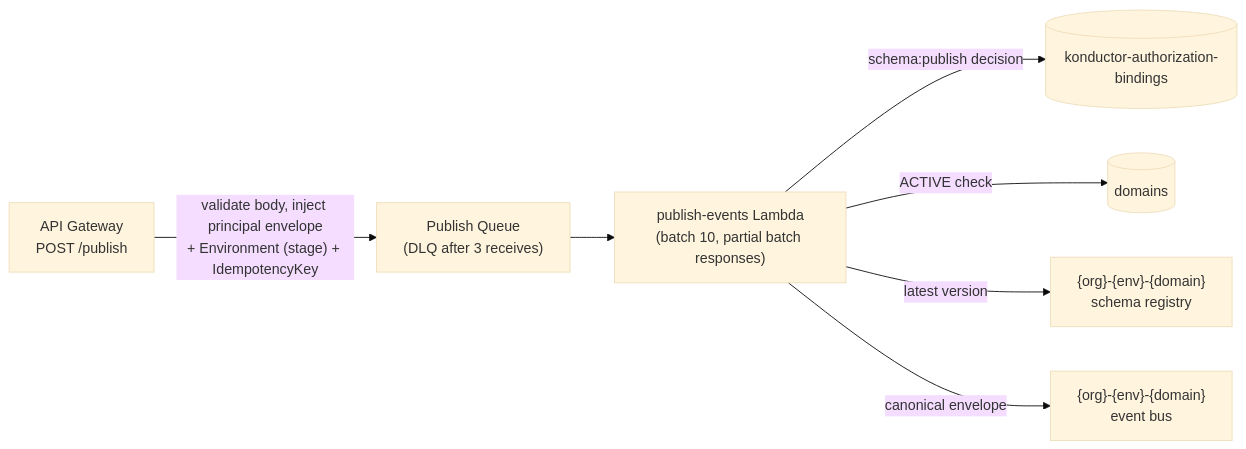
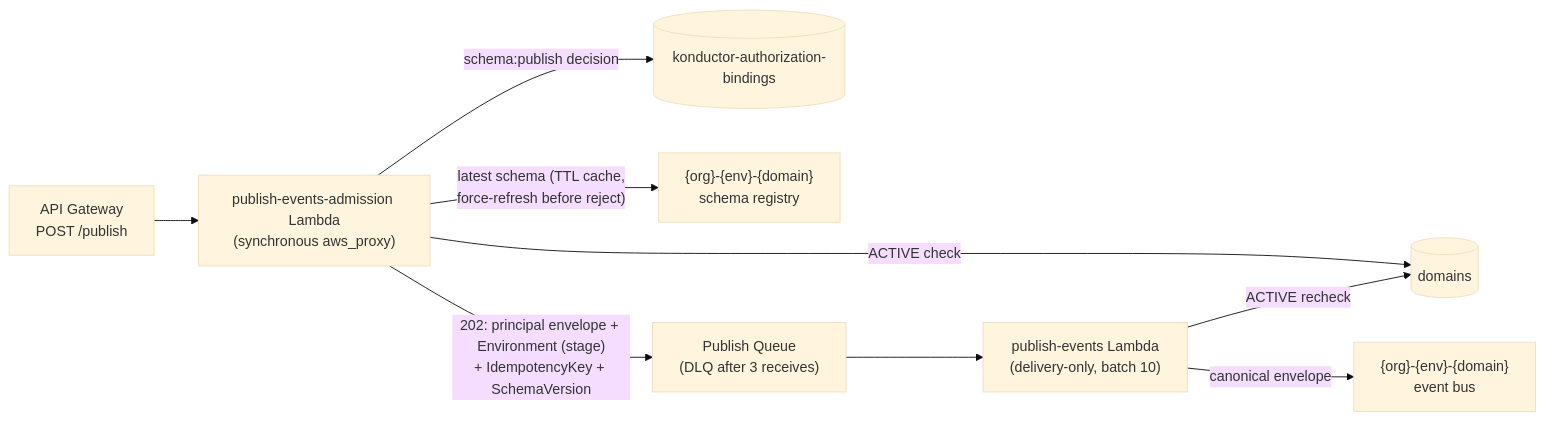
The ninth of 10 diagrams in docs/development/architecture.md (liedig/konductor4evb), drawn with Mermaid (base theme) before and after one commit. The commit also changed other lines of this file and 20 other files, not shown here.

First line of the commit message:
feat(event-streams): validate publishes at ingest via admission Lambda

````diff
--- a/docs/development/architecture.md
+++ b/docs/development/architecture.md
@@ -599,9 +599,11 @@
 ```mermaid
 graph LR
-    api["API Gateway<br/>POST /publish"] -->|"validate body, inject principal envelope<br/>+ Environment (stage) + IdempotencyKey"| q["Publish Queue<br/>(DLQ after 3 receives)"]
-    q --> consumer["publish-events Lambda<br/>(batch 10, partial batch responses)"]
-    consumer -->|"schema:publish decision"| bindings[("konductor-authorization-bindings")]
-    consumer -->|"ACTIVE check"| domains[("domains")]
-    consumer -->|"latest version"| registry["{org}-{env}-{domain}<br/>schema registry"]
+    api["API Gateway<br/>POST /publish"] --> admission["publish-events-admission Lambda<br/>(synchronous aws_proxy)"]
+    admission -->|"schema:publish decision"| bindings[("konductor-authorization-bindings")]
+    admission -->|"ACTIVE check"| domains[("domains")]
+    admission -->|"latest schema (TTL cache,<br/>force-refresh before reject)"| registry["{org}-{env}-{domain}<br/>schema registry"]
+    admission -->|"202: principal envelope + Environment (stage)<br/>+ IdempotencyKey + SchemaVersion"| q["Publish Queue<br/>(DLQ after 3 receives)"]
+    q --> consumer["publish-events Lambda<br/>(delivery-only, batch 10)"]
+    consumer -->|"ACTIVE recheck"| domains
     consumer -->|"canonical envelope"| bus["{org}-{env}-{domain}<br/>event bus"]
 ```
````
